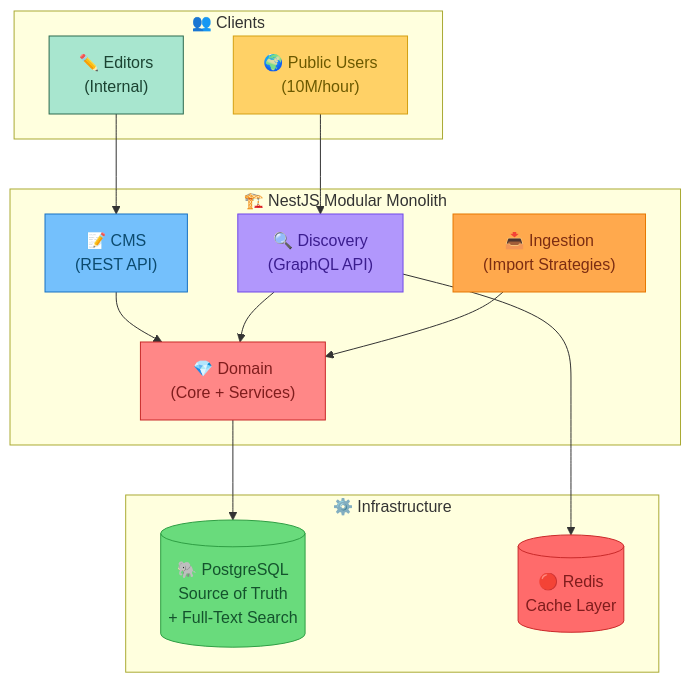
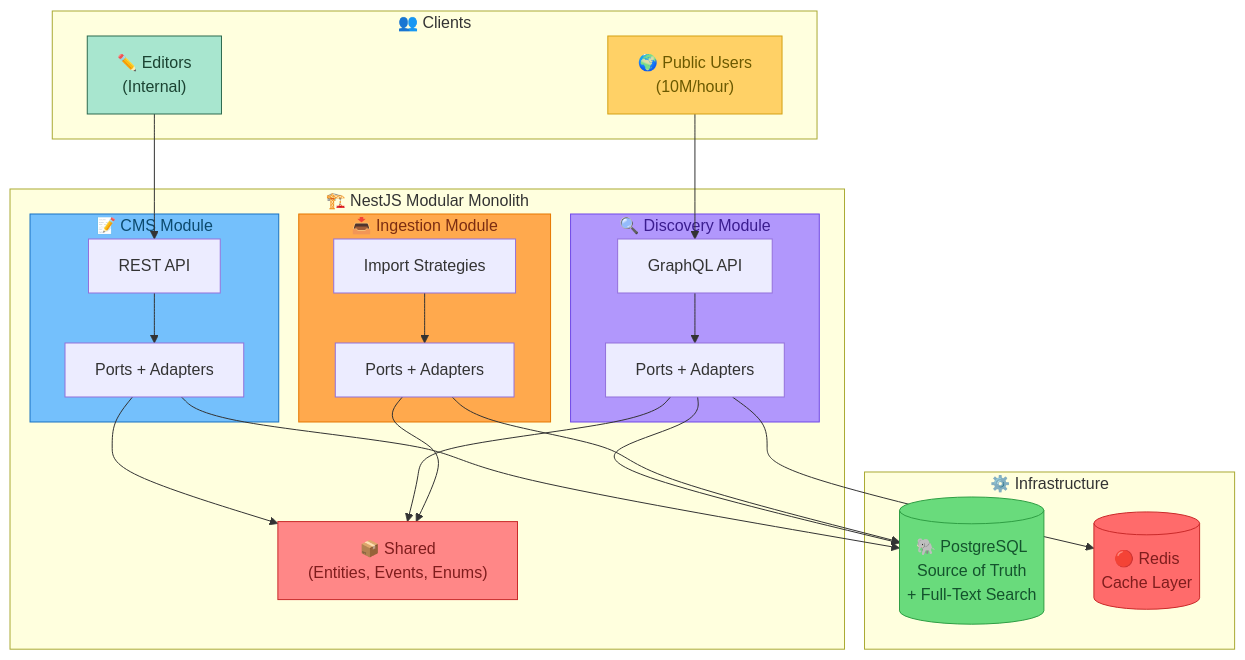
Before and after one commit to mmed199/thmanyah-cms: the first of 7 diagrams in docs/design.md, drawn with Mermaid. The commit also changed other lines of this file, not shown here.

Commit message:
📝 - Updated Architecture

````diff
--- a/docs/design.md
+++ b/docs/design.md
@@ -48,38 +48,53 @@
 ```mermaid
 flowchart TB
     subgraph Clients["👥 Clients"]
         Editors["✏️ Editors<br>(Internal)"]
         Users["🌍 Public Users<br>(10M/hour)"]
     end
 
     subgraph Application["🏗️ NestJS Modular Monolith"]
-        CMS["📝 CMS<br>(REST API)"]
-        Discovery["🔍 Discovery<br>(GraphQL API)"]
-        Domain["💎 Domain<br>(Core + Services)"]
-        Ingestion["📥 Ingestion<br>(Import Strategies)"]
+        subgraph CMS["📝 CMS Module"]
+            CMSPorts["Ports + Adapters"]
+            CMSAPI["REST API"]
+        end
+        subgraph Discovery["🔍 Discovery Module"]
+            DiscPorts["Ports + Adapters"]
+            DiscAPI["GraphQL API"]
+        end
+        subgraph Ingestion["📥 Ingestion Module"]
+            IngPorts["Ports + Adapters"]
+            IngStrat["Import Strategies"]
+        end
+        Shared["📦 Shared<br>(Entities, Events, Enums)"]
     end
 
     subgraph Infrastructure["⚙️ Infrastructure"]
         PG[("🐘 PostgreSQL<br>Source of Truth<br>+ Full-Text Search")]
         Redis[("🔴 Redis<br>Cache Layer")]
     end
 
-    Editors --> CMS
-    Users --> Discovery
+    Editors --> CMSAPI
+    Users --> DiscAPI
 
-    CMS --> Domain
-    Discovery --> Domain
-    Ingestion --> Domain
+    CMSAPI --> CMSPorts
+    CMSPorts --> Shared
+    CMSPorts --> PG
 
-    Domain --> PG
-    Discovery --> Redis
+    DiscAPI --> DiscPorts
+    DiscPorts --> Shared
+    DiscPorts --> PG
+    DiscPorts --> Redis
+
+    IngStrat --> IngPorts
+    IngPorts --> Shared
+    IngPorts --> PG
 
     style Editors fill:#a8e6cf,stroke:#2d6a4f,color:#1b4332
     style Users fill:#ffd166,stroke:#d4a012,color:#6b5900
     style CMS fill:#74c0fc,stroke:#1971c2,color:#0c4a6e
     style Discovery fill:#b197fc,stroke:#7048e8,color:#3b1d8f
-    style Domain fill:#ff8787,stroke:#c92a2a,color:#7f1d1d
+    style Shared fill:#ff8787,stroke:#c92a2a,color:#7f1d1d
     style Ingestion fill:#ffa94d,stroke:#e67700,color:#7c2d12
     style PG fill:#69db7c,stroke:#2f9e44,color:#14532d
     style Redis fill:#ff6b6b,stroke:#c92a2a,color:#7f1d1d
 ```
````
